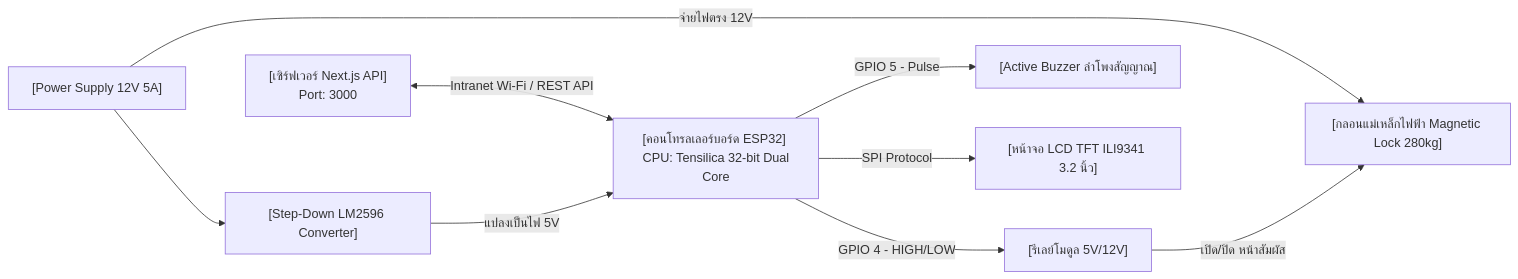
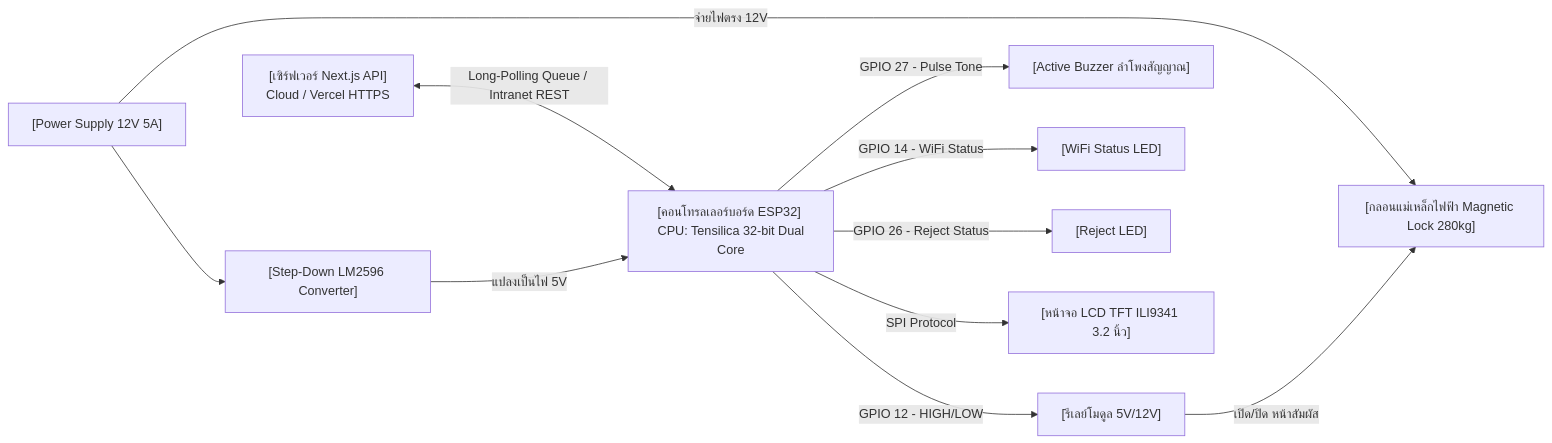
The third of 3 diagrams in chapter_3_methodology.md (puripong1st/SmartAccess-Project), drawn with Mermaid before and after one commit. The commit also changed other lines of this file and 2 other files, not shown here.

````diff
--- a/chapter_3_methodology.md
+++ b/chapter_3_methodology.md
@@ -132,15 +136,17 @@
 ```mermaid
 graph LR
-    A["[เซิร์ฟเวอร์ Next.js API] <br> Port: 3000"] <-->|Intranet Wi-Fi / REST API| B["[คอนโทรลเลอร์บอร์ด ESP32] <br> CPU: Tensilica 32-bit Dual Core"]
+    A["[เซิร์ฟเวอร์ Next.js API] <br> Cloud / Vercel HTTPS"] <-->|Long-Polling Queue / Intranet REST| B["[คอนโทรลเลอร์บอร์ด ESP32] <br> CPU: Tensilica 32-bit Dual Core"]
     
     %% อุปกรณ์ต่อพ่วง ESP32
-    B -->|GPIO 4 - HIGH/LOW| C["[รีเลย์โมดูล 5V/12V]"]
-    B -->|GPIO 5 - Pulse| D["[Active Buzzer ลำโพงสัญญาณ]"]
+    B -->|GPIO 12 - HIGH/LOW| C["[รีเลย์โมดูล 5V/12V]"]
+    B -->|GPIO 27 - Pulse Tone| D["[Active Buzzer ลำโพงสัญญาณ]"]
+    B -->|GPIO 14 - WiFi Status| L1["[WiFi Status LED]"]
+    B -->|GPIO 26 - Reject Status| L2["[Reject LED]"]
     B -->|SPI Protocol| E["[หน้าจอ LCD TFT ILI9341 3.2 นิ้ว]"]
     
     %% แหล่งจ่ายไฟ
     F["[Power Supply 12V 5A]"] --> G["[Step-Down LM2596 Converter]"]
     F -->|จ่ายไฟตรง 12V| H["[กลอนแม่เหล็กไฟฟ้า Magnetic Lock 280kg]"]
     G -->|แปลงเป็นไฟ 5V| B
     C -->|เปิด/ปิด หน้าสัมผัส| H
 ```
````
